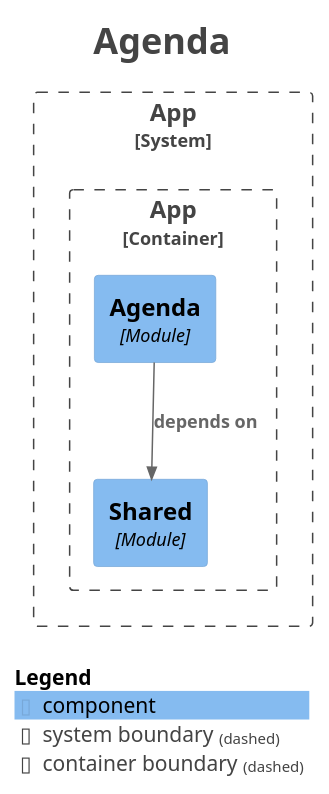
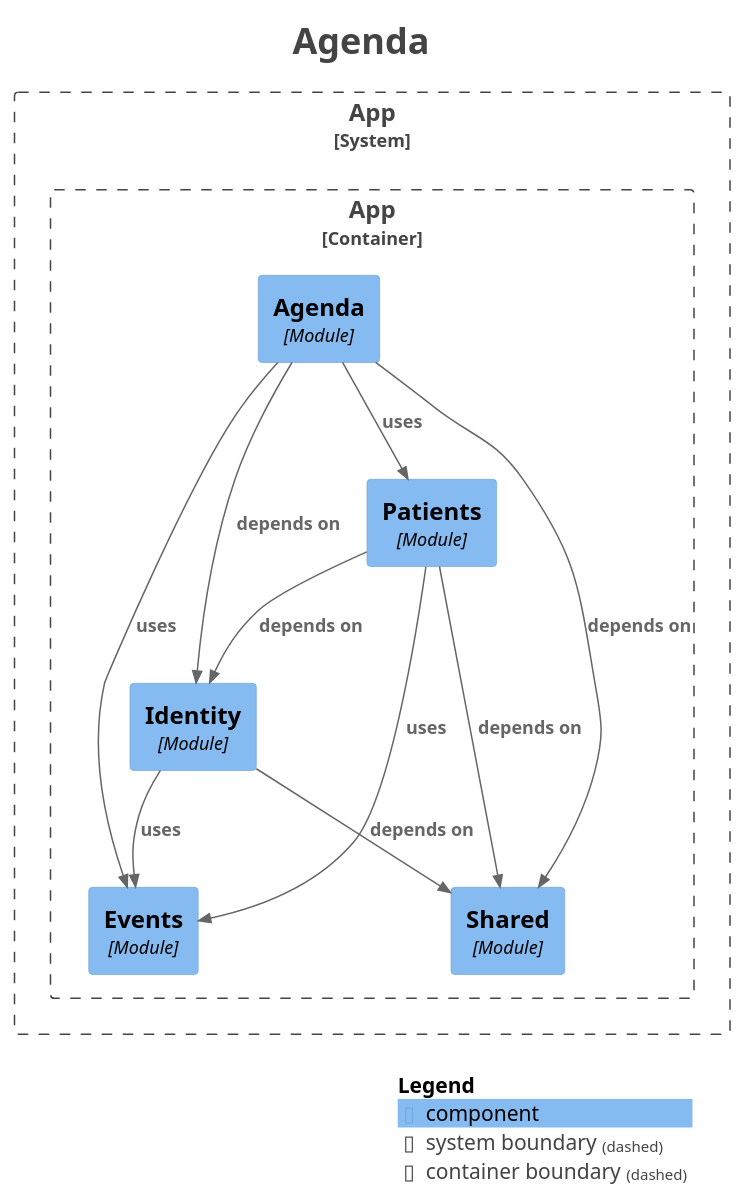
One commit to mrscams/psymate-api changed the diagram in docs/generated/module-agenda.puml. Above: the diagram before and after it, drawn with PlantUML. The commit also changed 32 other files, not shown here.

```diff
--- a/docs/generated/module-agenda.puml
+++ b/docs/generated/module-agenda.puml
@@ -1,30 +1,41 @@
 @startuml
 title <size:24>Agenda</size>
 
 set separator none
 top to bottom direction
 
 <style>
   root {
     BackgroundColor: #ffffff
     FontColor: #444444
   }
 </style>
 
 !include <C4/C4>
 !include <C4/C4_Context>
 !include <C4/C4_Component>
 
 System_Boundary("App_boundary", "App", $tags="") {
   Container_Boundary("App.App_boundary", "App", $tags="") {
     Component(App.App.Agenda, "Agenda", $techn="Module", $descr="", $tags="", $link="")
+    Component(App.App.Events, "Events", $techn="Module", $descr="", $tags="", $link="")
+    Component(App.App.Identity, "Identity", $techn="Module", $descr="", $tags="", $link="")
+    Component(App.App.Patients, "Patients", $techn="Module", $descr="", $tags="", $link="")
     Component(App.App.Shared, "Shared", $techn="Module", $descr="", $tags="", $link="")
   }
 
 }
 
+Rel(App.App.Agenda, App.App.Events, "uses", $techn="", $tags="", $link="")
+Rel(App.App.Agenda, App.App.Identity, "depends on", $techn="", $tags="", $link="")
+Rel(App.App.Agenda, App.App.Patients, "uses", $techn="", $tags="", $link="")
 Rel(App.App.Agenda, App.App.Shared, "depends on", $techn="", $tags="", $link="")
+Rel(App.App.Identity, App.App.Events, "uses", $techn="", $tags="", $link="")
+Rel(App.App.Identity, App.App.Shared, "depends on", $techn="", $tags="", $link="")
+Rel(App.App.Patients, App.App.Events, "uses", $techn="", $tags="", $link="")
+Rel(App.App.Patients, App.App.Identity, "depends on", $techn="", $tags="", $link="")
+Rel(App.App.Patients, App.App.Shared, "depends on", $techn="", $tags="", $link="")
 
 SHOW_LEGEND(true)
 hide stereotypes
 @enduml
```
